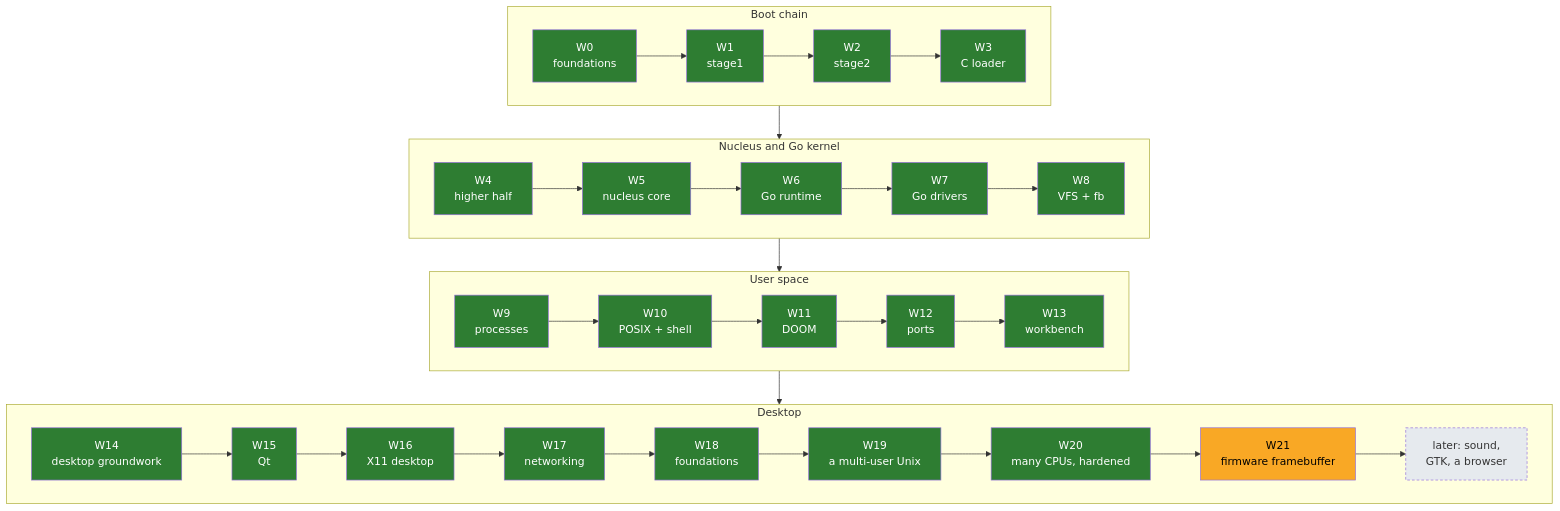
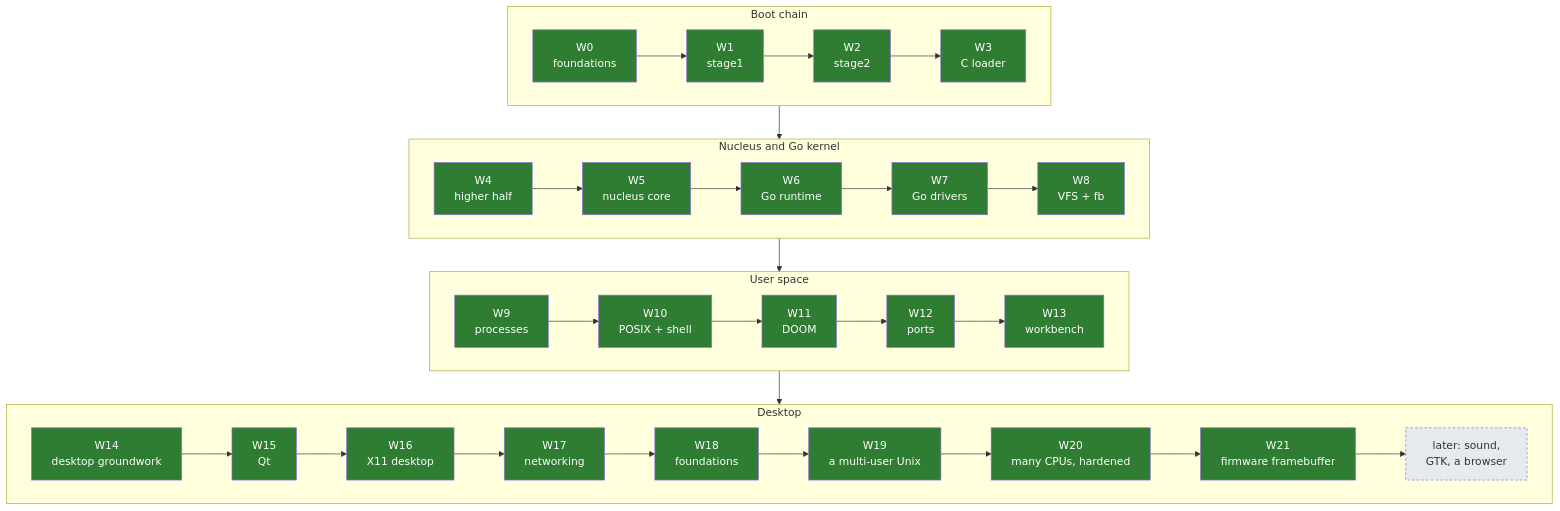
The diagram in docs/04-plan/ROADMAP.md (decagondev/burrow), drawn with Mermaid before and after one commit. The commit also changed other lines of this file and 15 other files, not shown here.

````diff
--- a/docs/04-plan/ROADMAP.md
+++ b/docs/04-plan/ROADMAP.md
@@ -30,26 +30,25 @@
 ```mermaid
 flowchart TB
     subgraph boot["Boot chain"]
         direction LR
         W0["W0<br/>foundations"] --> W1["W1<br/>stage1"] --> W2["W2<br/>stage2"] --> W3["W3<br/>C loader"]
     end
     subgraph core["Nucleus and Go kernel"]
         direction LR
         W4["W4<br/>higher half"] --> W5["W5<br/>nucleus core"] --> W6["W6<br/>Go runtime"] --> W7["W7<br/>Go drivers"] --> W8["W8<br/>VFS + fb"]
     end
     subgraph unix["User space"]
         direction LR
         W9["W9<br/>processes"] --> W10["W10<br/>POSIX + shell"] --> W11["W11<br/>DOOM"] --> W12["W12<br/>ports"] --> W13["W13<br/>workbench"]
     end
     subgraph desk["Desktop"]
         direction LR
         W14["W14<br/>desktop groundwork"] --> W15["W15<br/>Qt"] --> W16["W16<br/>X11 desktop"] --> W17["W17<br/>networking"] --> W18["W18<br/>foundations"] --> W19["W19<br/>a multi-user Unix"] --> W20["W20<br/>many CPUs, hardened"] --> W21["W21<br/>firmware framebuffer"] --> X["later: sound,<br/>GTK, a browser"]
     end
     boot --> core --> unix --> desk
     classDef done fill:#2e7d32,color:#fff;
     classDef next fill:#f9a825,color:#000;
     classDef later fill:#e6eaee,color:#333,stroke-dasharray: 4 3;
-    class W0,W1,W2,W3,W4,W5,W6,W7,W8,W9,W10,W11,W12,W13,W14,W15,W16,W17,W18,W19,W20 done;
-    class W21 next;
+    class W0,W1,W2,W3,W4,W5,W6,W7,W8,W9,W10,W11,W12,W13,W14,W15,W16,W17,W18,W19,W20,W21 done;
     class X later;
 ```
````
